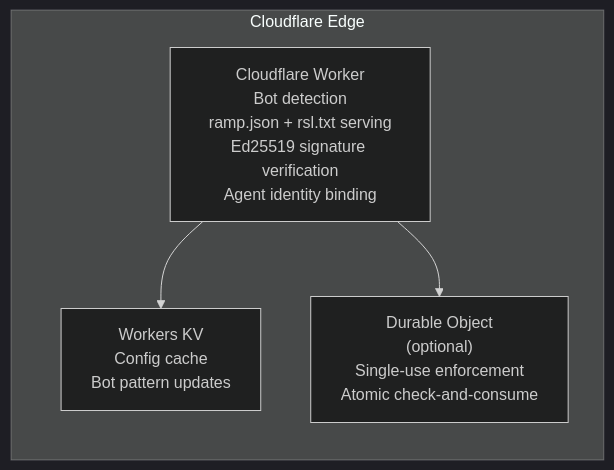
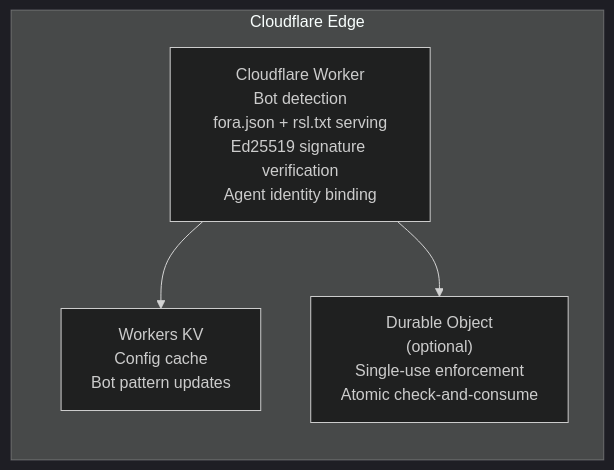
Before and after one commit to FORA-Protocol/protocol: the second of 3 diagrams in website/src/content/docs/components/edge-function/cdn-adapters.mdx, drawn with Mermaid (dark theme). The commit also changed other lines of this file and 561 other files, not shown here.

First line of the commit message:
Rename the protocol from RAMP to FORA

````diff
--- a/website/src/content/docs/components/edge-function/cdn-adapters.mdx
+++ b/website/src/content/docs/components/edge-function/cdn-adapters.mdx
@@ -227,11 +227,11 @@
 ```mermaid
 graph LR
     subgraph "Cloudflare Edge"
-        WORKER["Cloudflare Worker<br/>Bot detection<br/>ramp.json + rsl.txt serving<br/>Ed25519 signature verification<br/>Agent identity binding"]
+        WORKER["Cloudflare Worker<br/>Bot detection<br/>fora.json + rsl.txt serving<br/>Ed25519 signature verification<br/>Agent identity binding"]
         KV["Workers KV<br/>Config cache<br/>Bot pattern updates"]
         DO["Durable Object<br/>(optional)<br/>Single-use enforcement<br/>Atomic check-and-consume"]
     end
 
     WORKER --> KV
     WORKER --> DO
 ```
````
